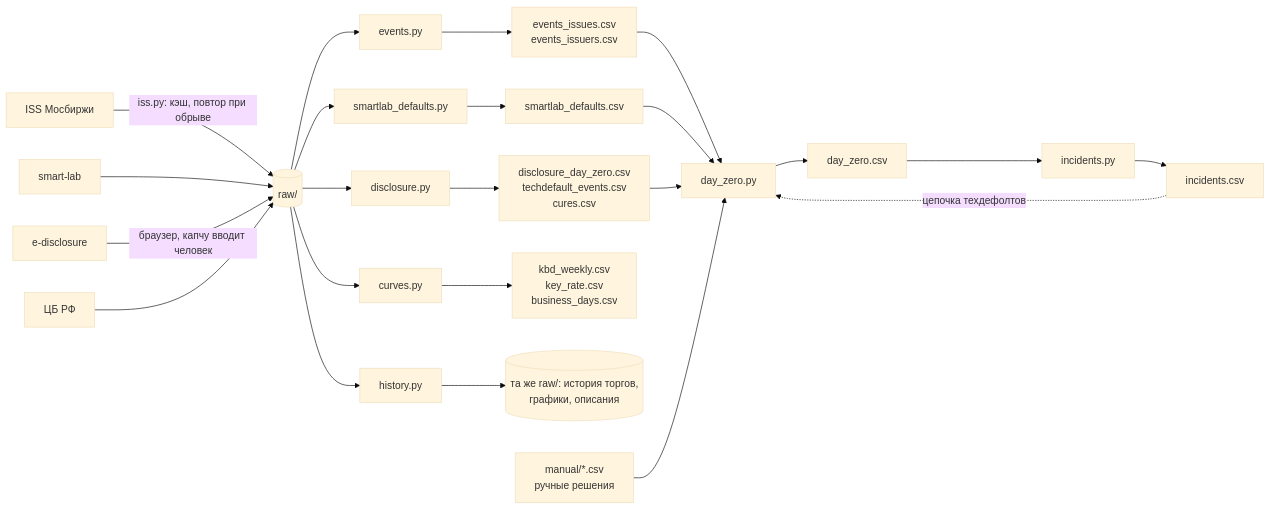
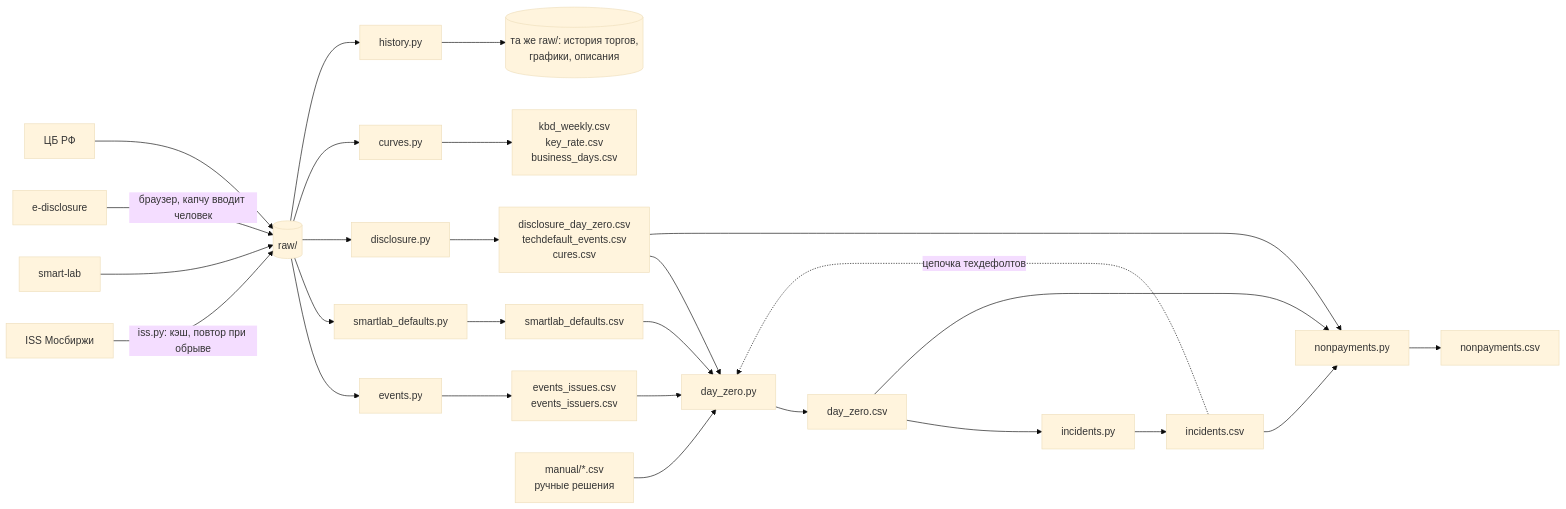
Before and after one commit to alferova-tv/Jessica-invest-assistant: the first of 2 diagrams in research/docs/DATA.md, drawn with Mermaid (base theme). The commit also changed other lines of this file and 4 other files, not shown here.

````diff
--- a/research/docs/DATA.md
+++ b/research/docs/DATA.md
@@ -578,17 +578,18 @@
 ```mermaid
 flowchart LR
     ISS[ISS Мосбиржи] -->|iss.py: кэш, повтор при обрыве| RAW[(raw/)]
     SL[smart-lab] --> RAW
     ED[e-disclosure] -->|браузер, капчу вводит человек| RAW
     CBR[ЦБ РФ] --> RAW
 
     RAW --> EV[events.py] --> T1[events_issues.csv<br>events_issuers.csv]
     RAW --> SLD[smartlab_defaults.py] --> T2[smartlab_defaults.csv]
     RAW --> DIS[disclosure.py] --> T3[disclosure_day_zero.csv<br>techdefault_events.csv<br>cures.csv]
     RAW --> CUR[curves.py] --> T6[kbd_weekly.csv<br>key_rate.csv<br>business_days.csv]
     RAW --> HIS[history.py] --> T7[(та же raw/: история торгов,<br>графики, описания)]
 
     T1 & T2 & T3 & MAN[manual/*.csv<br>ручные решения] --> DZ[day_zero.py] --> T4[day_zero.csv]
     T4 --> INC[incidents.py] --> T5[incidents.csv]
     T5 -.->|цепочка техдефолтов| DZ
+    T3 & T4 & T5 --> NP[nonpayments.py] --> T8[nonpayments.csv]
 ```
````
